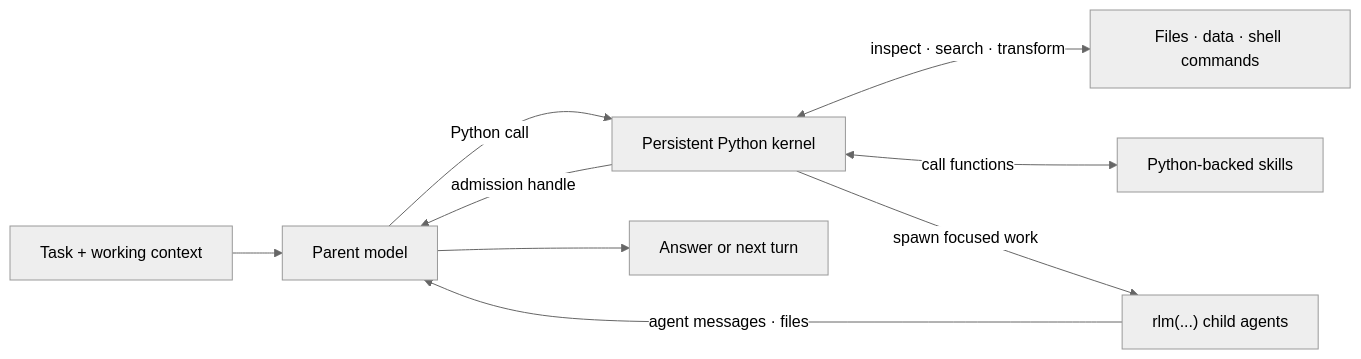
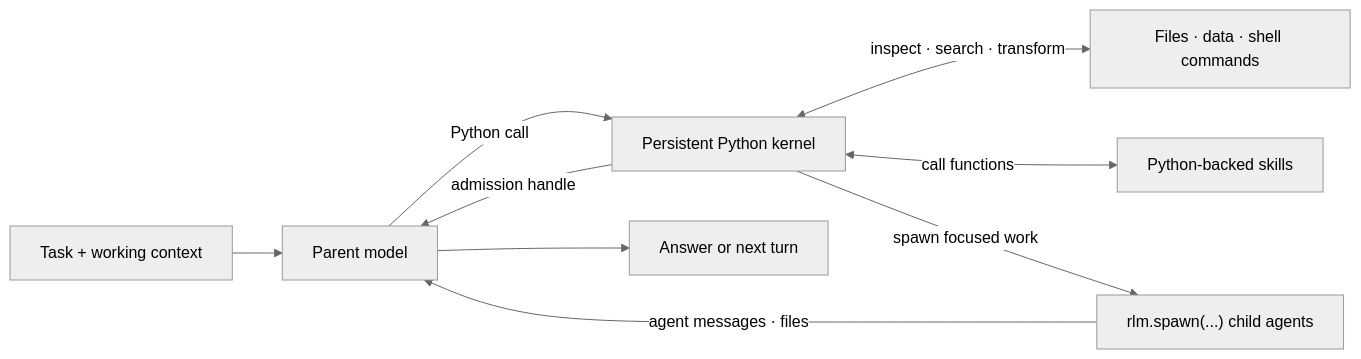
The diagram in packages/coding-agent/docs/rlm.md (Orcein-Labs/Cyan), drawn with Mermaid (neutral theme) before and after one commit. The commit also changed other lines of this file and 24 other files, not shown here.

First line of the commit message:
make recursive subagent spawning an explicit rlm.spawn call (#2152)

````diff
--- a/packages/coding-agent/docs/rlm.md
+++ b/packages/coding-agent/docs/rlm.md
@@ -7,19 +7,19 @@
 ```mermaid
 flowchart LR
     task["Task + working context"]
     parent["Parent model"]
     kernel["Persistent Python kernel"]
     data["Files · data · shell commands"]
     skills["Python-backed skills"]
-    children["rlm(...) child agents"]
+    children["rlm.spawn(...) child agents"]
     answer["Answer or next turn"]
 
     task --> parent
     parent -->|"Python call"| kernel
     kernel <-->|"inspect · search · transform"| data
     kernel <-->|"call functions"| skills
     kernel -->|"spawn focused work"| children
     children -->|"agent messages · files"| parent
     kernel -->|"admission handle"| parent
     parent --> answer
 ```
````
